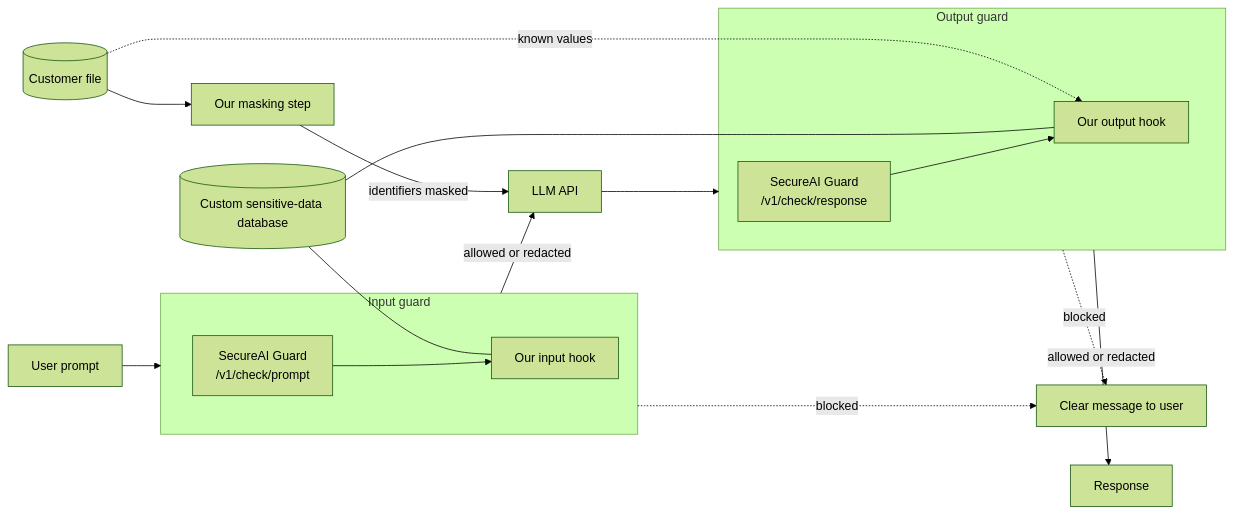
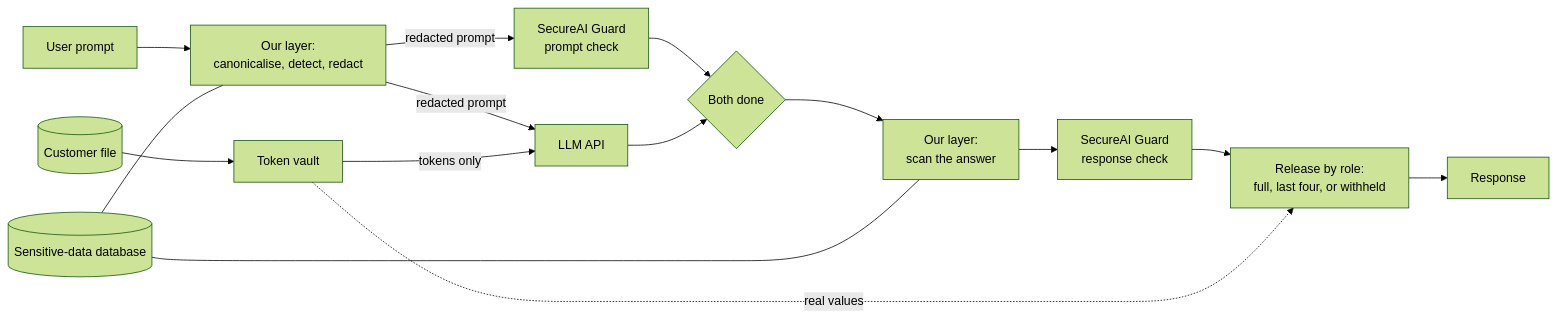
Before and after one commit to Ackahkelvin45/ai-safety-: the diagram in README.md, drawn with Mermaid (forest theme). The commit also changed other lines of this file and 11 other files, not shown here.

First line of the commit message:
Rebuild the layer around a token vault and release by role

````diff
--- a/README.md
+++ b/README.md
@@ -180,19 +235,16 @@
 ```mermaid
 flowchart LR
-    U[User prompt] --> IN
-    subgraph IN[Input guard]
-        G1[SecureAI Guard<br>/v1/check/prompt] --> H1[Our input hook]
-    end
-    IN -->|allowed or redacted| LLM[LLM API]
-    IN -.->|blocked| MSG[Clear message to user]
-    CF[(Customer file)] --> MASK[Our masking step] -->|identifiers masked| LLM
-    LLM --> OUT
-    subgraph OUT[Output guard]
-        G2[SecureAI Guard<br>/v1/check/response] --> H2[Our output hook]
-    end
-    OUT -->|allowed or redacted| R[Response]
-    OUT -.->|blocked| MSG
-    DB[(Custom sensitive-data database)] --- H1
-    DB --- H2
-    CF -.->|known values| H2
+    U[User prompt] --> L1[Our layer:<br>canonicalise, detect, redact]
+    L1 -->|redacted prompt| G1[SecureAI Guard<br>prompt check]
+    L1 -->|redacted prompt| LLM[LLM API]
+    CF[(Customer file)] --> V[Token vault] -->|tokens only| LLM
+    G1 --> J{Both done}
+    LLM --> J
+    J --> L2[Our layer:<br>scan the answer]
+    L2 --> G2[SecureAI Guard<br>response check]
+    G2 --> RH[Release by role:<br>full, last four, or withheld]
+    V -.->|real values| RH
+    RH --> R[Response]
+    DB[(Sensitive-data database)] --- L1
+    DB --- L2
 ```
````
